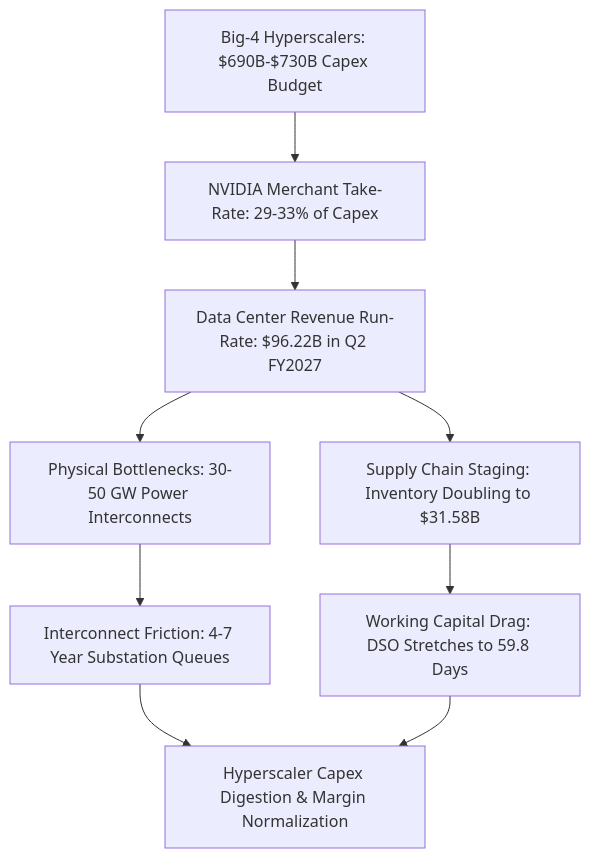
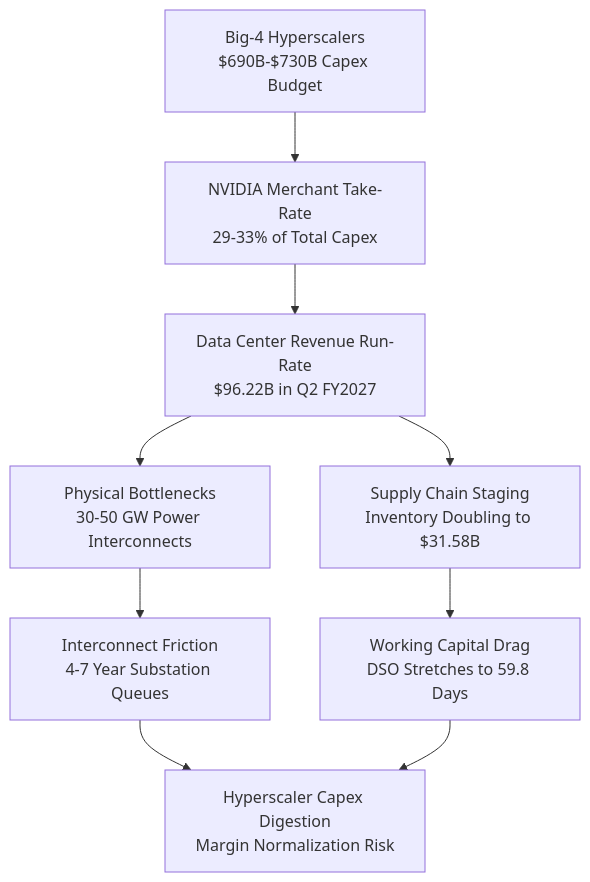
One commit to Unheat/memeTrading changed the first of 2 diagrams in web/src/content/articles/nvda-nvda-2026-09-28-002.md. Above: the diagram before and after it, drawn with Mermaid. The commit also changed other lines of this file and 5 other files, not shown here.

First line of the commit message:
fix(frontend,media): resolve black-on-black code blocks and Mermaid text clipping

````diff
--- a/web/src/content/articles/nvda-nvda-2026-09-28-002.md
+++ b/web/src/content/articles/nvda-nvda-2026-09-28-002.md
@@ -93,11 +168,11 @@
 ```mermaid
 flowchart TD
-A["Big-4 Hyperscalers: $690B-$730B Capex Budget"] --> B["NVIDIA Merchant Take-Rate: 29-33% of Capex"]
-B --> C["Data Center Revenue Run-Rate: $96.22B in Q2 FY2027"]
-C --> D["Physical Bottlenecks: 30-50 GW Power Interconnects"]
-C --> E["Supply Chain Staging: Inventory Doubling to $31.58B"]
-D --> F["Interconnect Friction: 4-7 Year Substation Queues"]
-E --> G["Working Capital Drag: DSO Stretches to 59.8 Days"]
-F --> H["Hyperscaler Capex Digestion & Margin Normalization"]
-G --> H
+    A["Big-4 Hyperscalers<br/>$690B-$730B Capex Budget"] --> B["NVIDIA Merchant Take-Rate<br/>29-33% of Total Capex"]
+    B --> C["Data Center Revenue Run-Rate<br/>$96.22B in Q2 FY2027"]
+    C --> D["Physical Bottlenecks<br/>30-50 GW Power Interconnects"]
+    C --> E["Supply Chain Staging<br/>Inventory Doubling to $31.58B"]
+    D --> F["Interconnect Friction<br/>4-7 Year Substation Queues"]
+    E --> G["Working Capital Drag<br/>DSO Stretches to 59.8 Days"]
+    F --> H["Hyperscaler Capex Digestion<br/>Margin Normalization Risk"]
+    G --> H
 ```
````
